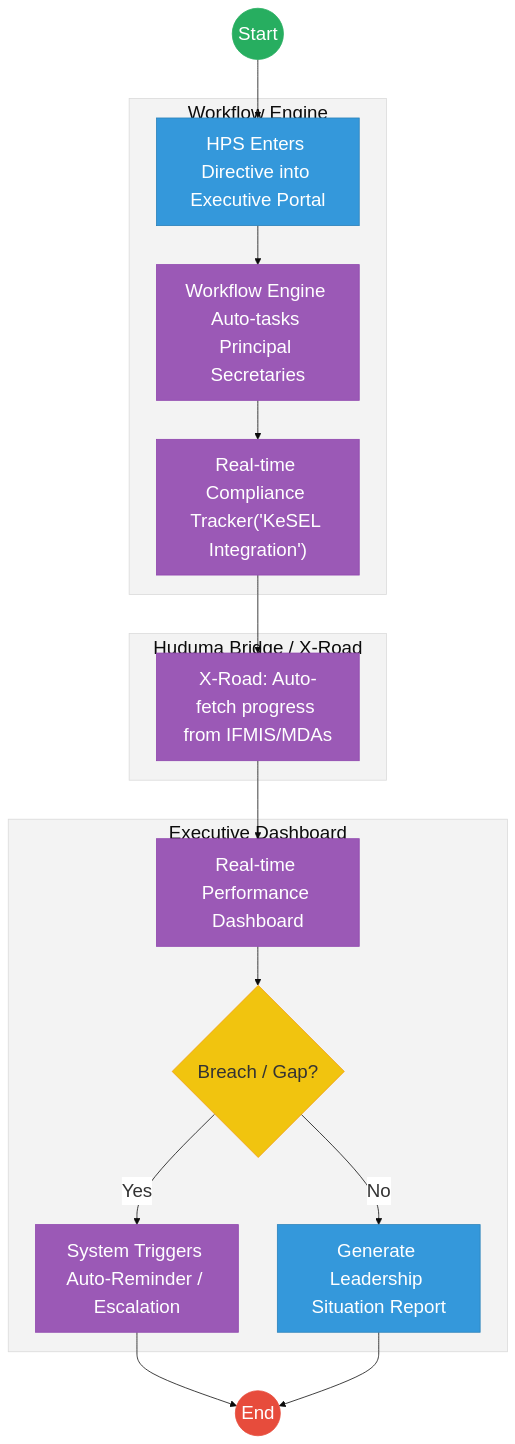
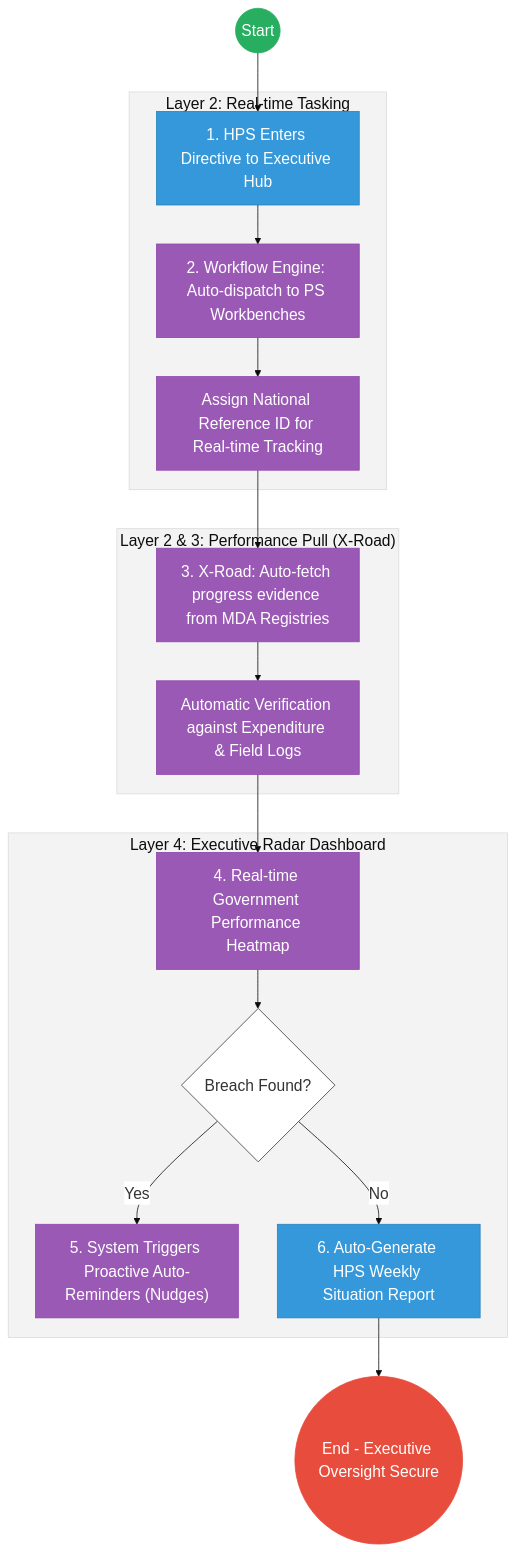
The second of 2 diagrams in mdas/docs_final/priority_mdas/OFFICE_OF_THE_HEAD_OF_PUBLIC_SERVICE_OHPS___Executive_Coordination.md (BITZ-IT-Consulting-LTD/ictapoc), drawn with Mermaid before and after one commit. The commit also changed other lines of this file and 37 other files, not shown here.

````diff
--- a/mdas/docs_final/priority_mdas/OFFICE_OF_THE_HEAD_OF_PUBLIC_SERVICE_OHPS___Executive_Coordination.md
+++ b/mdas/docs_final/priority_mdas/OFFICE_OF_THE_HEAD_OF_PUBLIC_SERVICE_OHPS___Executive_Coordination.md
@@ -119,36 +111,34 @@
 ```mermaid
-%%{init: { 'theme': 'base', 'themeVariables': { 'fontSize': '24px', 'fontFamily': 'Inter, system-ui, sans-serif', 'primaryColor': '#ffffff', 'edgeLabelBackground':'#ffffff', 'tertiaryColor': '#f3f3f3', 'mainBkg': '#ffffff', 'nodeBorder': '#333333' } } }%%
-graph TD
-    Start((Start)) --> Portal["HPS Enters Directive into Executive Portal"]
+%%{init: { 'theme': 'base', 'themeVariables': { 'fontSize': '20px', 'fontFamily': 'Inter, system-ui, sans-serif', 'primaryColor': '#ffffff', 'edgeLabelBackground':'#ffffff', 'tertiaryColor': '#f3f3f3', 'mainBkg': '#ffffff', 'nodeBorder': '#333333' } } }%%
+flowchart TD
+    Start((Start)) --> Portal["1. HPS Enters Directive to Executive Hub"]
     
-    subgraph CorePlatform["Workflow Engine "]
-        Portal --> Tasking["Workflow Engine Auto-tasks Principal Secretaries"]
-        Tasking --> Tracker["Real-time Compliance Tracker('KeSEL Integration')"]
+    subgraph Trust_Hub["Layer 2: Real-time Tasking"]
+        Portal --> Tasking["2. Workflow Engine: Auto-dispatch to PS Workbenches"]
+        Tasking --> Tracker["Assign National Reference ID for Real-time Tracking"]
     end
+
+    subgraph Operations["Layer 2 & 3: Performance Pull (X-Road)"]
+        Tracker --> Fetch["3. X-Road: Auto-fetch progress evidence from MDA Registries"]
+        Fetch --> CrossCheck["Automatic Verification against Expenditure & Field Logs"]
+    end
+
+    subgraph Settlement["Layer 4: Executive Radar Dashboard"]
+        CrossCheck --> Dashboard["4. Real-time Government Performance Heatmap"]
+        Dashboard --> Alert{"Breach Found?"}
+        Alert -- "Yes" --> Nudge["5. System Triggers Proactive Auto-Reminders (Nudges)"]
+        Alert -- "No" --> SitRep["6. Auto-Generate HPS Weekly Situation Report"]
+    end
+
+    SitRep --> EndProcess(("End - Executive Oversight Secure"))
+
+    classDef start fill:#27ae60,stroke:#27ae60,color:#fff,font-size:20px;;
+    classDef endNode fill:#e74c3c,stroke:#e74c3c,color:#fff,font-size:20px;;
+    classDef userTask fill:#3498db,stroke:#2980b9,color:#fff,font-size:20px;;
+    classDef serviceTask fill:#9b59b6,stroke:#8e44ad,color:#fff,font-size:20px;;
     
-    subgraph Interoperability["Huduma Bridge / X-Road"]
-        Tracker --> Fetch["X-Road: Auto-fetch progress from IFMIS/MDAs"]
-    end
-    
-    subgraph Analysis["Executive Dashboard"]
-        Fetch --> Dashboard["Real-time Performance Dashboard"]
-        Dashboard --> Alert{"Breach / Gap?"}
-        
-        Alert -- "Yes" --> Nudge["System Triggers Auto-Reminder / Escalation"]
-        Alert -- "No" --> Report["Generate Leadership Situation Report"]
-    end
-    
-    Nudge --> End((End))
-    Report --> End
-
-    classDef start fill:#27ae60,stroke:#27ae60,color:#fff,font-size:24px,font-size:24px;;
-    classDef endNode fill:#e74c3c,stroke:#e74c3c,color:#fff,font-size:24px,font-size:24px;;
-    classDef userTask fill:#3498db,stroke:#2980b9,color:#fff,font-size:24px,font-size:24px;;
-    classDef serviceTask fill:#9b59b6,stroke:#8e44ad,color:#fff,font-size:24px,font-size:24px;;
-    classDef gateway fill:#f1c40f,stroke:#f39c12,color:#333,font-size:24px,font-size:24px;;
     class Start start;
-    class End endNode;
-    class Alert gateway;
-    class Portal,Report userTask;
-    class Tasking,Tracker,Fetch,Dashboard,Nudge serviceTask;
+    class EndProcess endNode;
+    class Portal,SitRep userTask;
+    class Tasking,Tracker,Fetch,CrossCheck,Dashboard,Nudge serviceTask;
 ```
````
